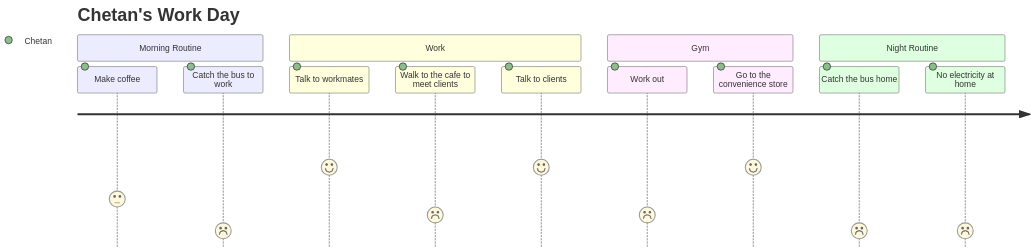
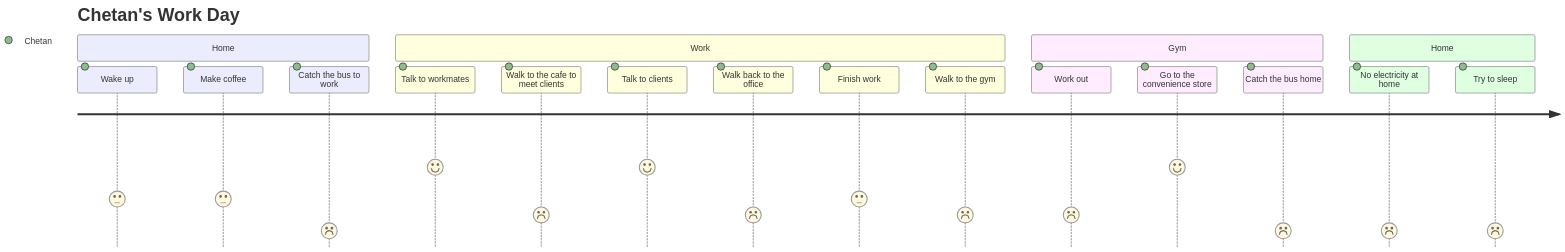
Before and after one commit to dennuguyen/desn2000: the diagram in empathise/README.md, drawn with Mermaid.

Commit message:
Flesh out Chetan's user journey a bit more.

````diff
--- a/empathise/README.md
+++ b/empathise/README.md
@@ -98,17 +98,22 @@
 ```mermaid
 journey
     title Chetan's Work Day
-    section Morning Routine
+    section Home
+        Wake up: 3: Chetan
         Make coffee: 3: Chetan
         Catch the bus to work: 1: Chetan
     section Work
         Talk to workmates: 5: Chetan
         Walk to the cafe to meet clients: 2: Chetan
         Talk to clients: 5: Chetan
+        Walk back to the office: 2: Chetan
+        Finish work: 3: Chetan
+        Walk to the gym: 2: Chetan
     section Gym
         Work out: 2: Chetan
         Go to the convenience store: 5: Chetan
-    section Night Routine
         Catch the bus home: 1: Chetan
+    section Home
         No electricity at home: 1: Chetan
+        Try to sleep: 1: Chetan
 ```
````
